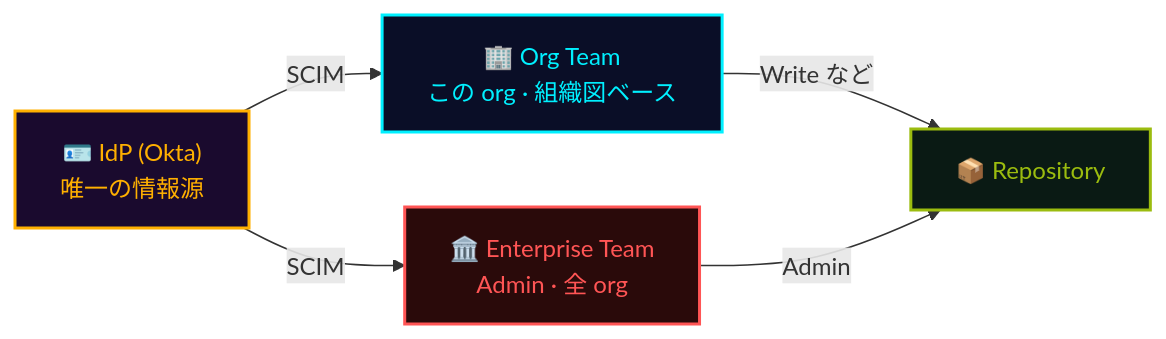
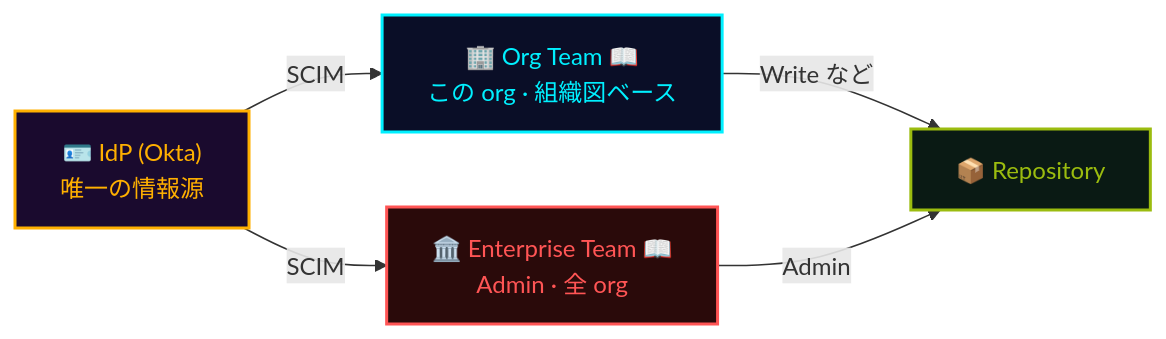
One commit to theomonfort/theomonfort changed the diagram in src/content/playbook/ja/governance.md. Above: the diagram before and after it, drawn with Mermaid. The commit also changed other lines of this file and 3 other files, not shown here.

First line of the commit message:
Rewrite the governance org-model slide in plain words and link the team nodes (#337)

````diff
--- a/src/content/playbook/ja/governance.md
+++ b/src/content/playbook/ja/governance.md
@@ -90,20 +92,23 @@
 ```mermaid
 flowchart LR
   IDP["🪪 IdP (Okta)<br/>唯一の情報源"]
-  ENT["🏛️ Enterprise Team<br/>Admin · 全 org"]
-  ORG["🏢 Org Team<br/>この org · 組織図ベース"]
+  ENT["🏛️ Enterprise Team 📖<br/>Admin · 全 org"]
+  ORG["🏢 Org Team 📖<br/>この org · 組織図ベース"]
   REPO["📦 Repository"]
   IDP -->|SCIM| ENT
   IDP -->|SCIM| ORG
   ORG -->|Write など| REPO
   ENT -->|Admin| REPO
 
   classDef idp fill:#1a0a2e,stroke:#ffb000,color:#ffb000,stroke-width:2px
   classDef ent fill:#2a0a0a,stroke:#ff5555,color:#ff5555,stroke-width:2px
   classDef org fill:#0a0e27,stroke:#00f0ff,color:#00f0ff,stroke-width:2px
   classDef repo fill:#0a1a14,stroke:#9bbc0f,color:#9bbc0f,stroke-width:2px
   class IDP idp
   class ENT ent
   class ORG org
   class REPO repo
+
+  click ENT href "https://docs.github.com/en/enterprise-cloud@latest/admin/managing-accounts-and-repositories/managing-users-in-your-enterprise/create-enterprise-teams" "Enterprise teams のドキュメント" _blank
+  click ORG href "https://docs.github.com/en/organizations/organizing-members-into-teams/about-teams" "Organization teams のドキュメント" _blank
 ```
````
